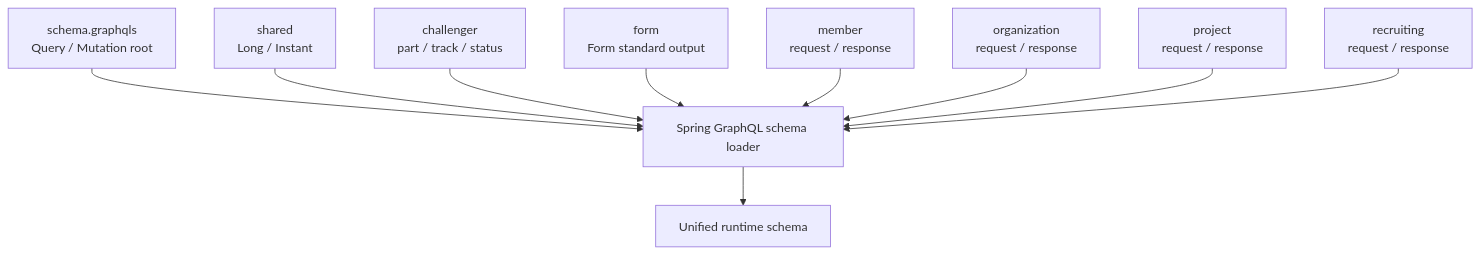
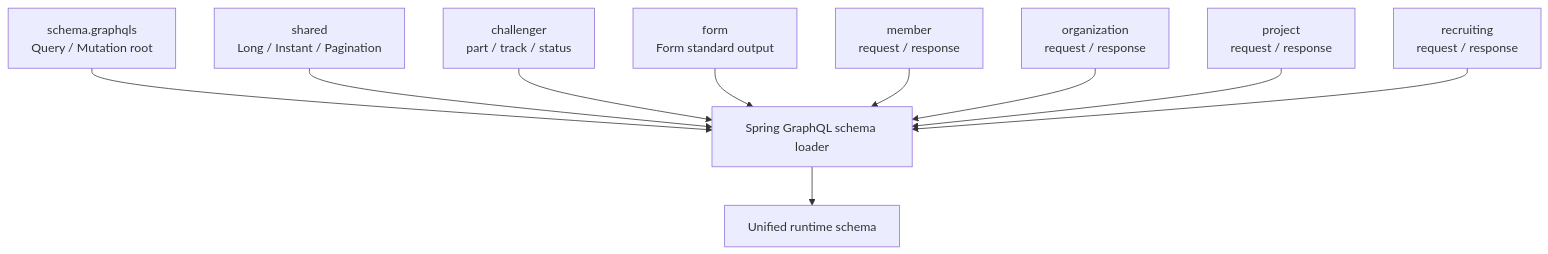
The first of 4 diagrams in docs/onboarding/graphql/schema-relationships.md (UMC-PRODUCT/cygnus-server), drawn with Mermaid before and after one commit. The commit also changed 32 other files, not shown here.

Commit message:
refactor: GraphQL paging 계약 공통화

````diff
--- a/docs/onboarding/graphql/schema-relationships.md
+++ b/docs/onboarding/graphql/schema-relationships.md
@@ -8,12 +8,12 @@
 ```mermaid
 flowchart TB
   Root["schema.graphqls<br/>Query / Mutation root"] --> Loader["Spring GraphQL schema loader"]
-  Shared["shared<br/>Long / Instant"] --> Loader
+  Shared["shared<br/>Long / Instant / Pagination"] --> Loader
   Challenger["challenger<br/>part / track / status"] --> Loader
   Form["form<br/>Form standard output"] --> Loader
   Member["member<br/>request / response"] --> Loader
   Organization["organization<br/>request / response"] --> Loader
   Project["project<br/>request / response"] --> Loader
   Recruiting["recruiting<br/>request / response"] --> Loader
   Loader --> Schema["Unified runtime schema"]
 ```
````
